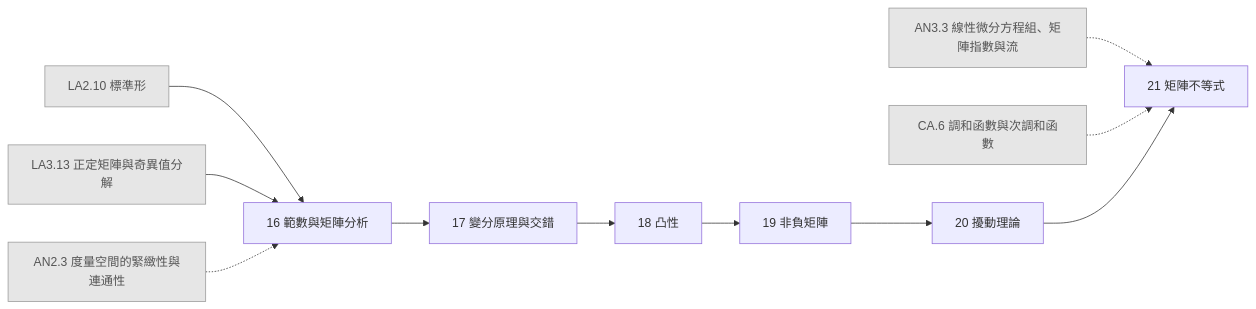
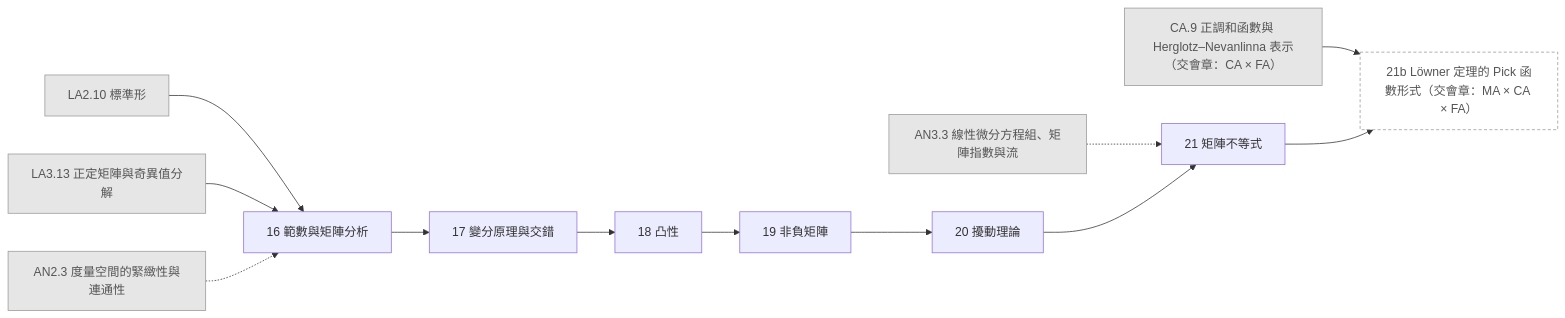
One commit to AkizumiFox/math-atlas changed the diagram in generated/chapters/MA.mmd. Above: the diagram before and after it, drawn with Mermaid. The commit also changed 16 other files, not shown here.

```diff
--- a/generated/chapters/MA.mmd
+++ b/generated/chapters/MA.mmd
@@ -1,25 +1,27 @@
 flowchart LR
   LA2_10["LA2.10 標準形"]:::ext
   LA3_13["LA3.13 正定矩陣與奇異值分解"]:::ext
   AN2_3["AN2.3 度量空間的緊緻性與連通性"]:::ext
   AN3_3["AN3.3 線性微分方程組、矩陣指數與流"]:::ext
-  CA_6["CA.6 調和函數與次調和函數"]:::ext
+  CA_9["CA.9 正調和函數與 Herglotz–Nevanlinna 表示（交會章：CA × FA）"]:::ext
   MA_16["16 範數與矩陣分析"]
   MA_17["17 變分原理與交錯"]
   MA_18["18 凸性"]
   MA_19["19 非負矩陣"]
   MA_20["20 擾動理論"]
   MA_21["21 矩陣不等式"]
+  MA_21b["21b Löwner 定理的 Pick 函數形式（交會章：MA × CA × FA）"]:::opt
   LA2_10 --> MA_16
   LA3_13 --> MA_16
   AN2_3 -.-> MA_16
   MA_16 --> MA_17
   MA_17 --> MA_18
   MA_18 --> MA_19
   MA_19 --> MA_20
   AN3_3 -.-> MA_21
-  CA_6 -.-> MA_21
   MA_20 --> MA_21
+  CA_9 --> MA_21b
+  MA_21 --> MA_21b
   classDef ext fill:#e6e6e6,stroke:#999,color:#555
   classDef opt fill:#fff,stroke:#999,stroke-dasharray:4 3,color:#555
   classDef segb fill:#f6f6fb,stroke:#99a,color:#333
```
